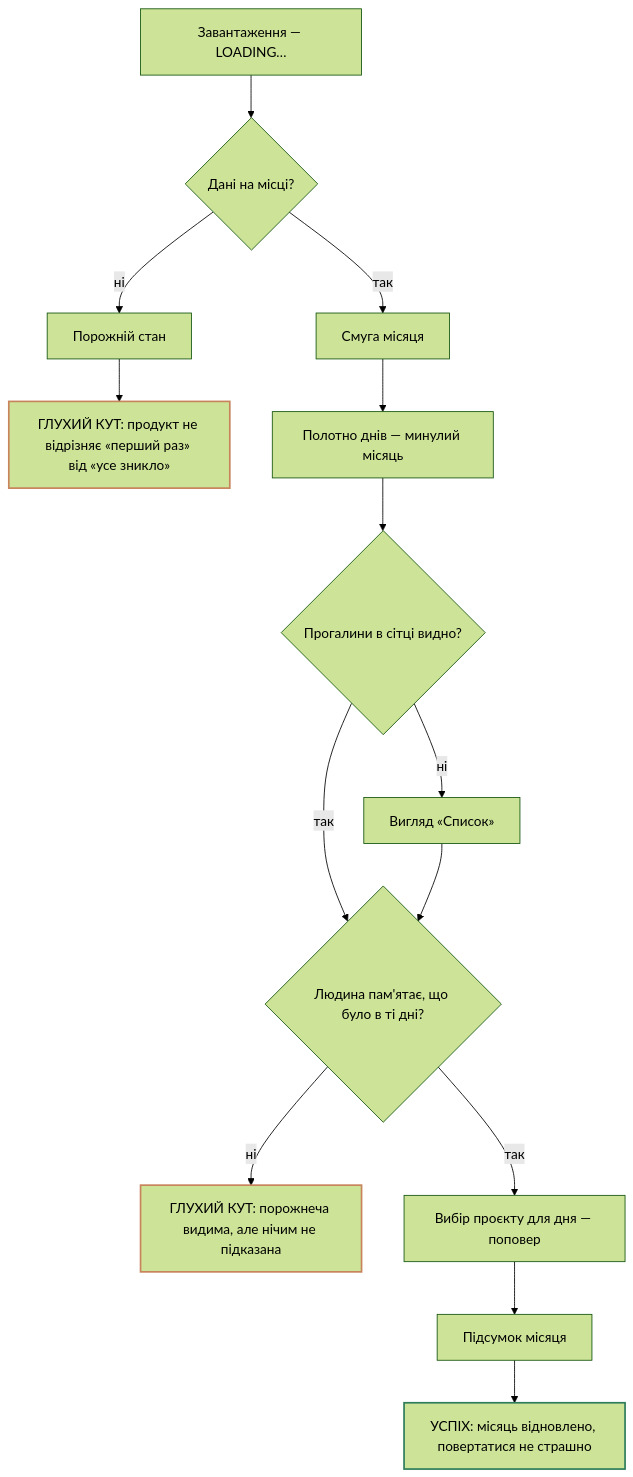
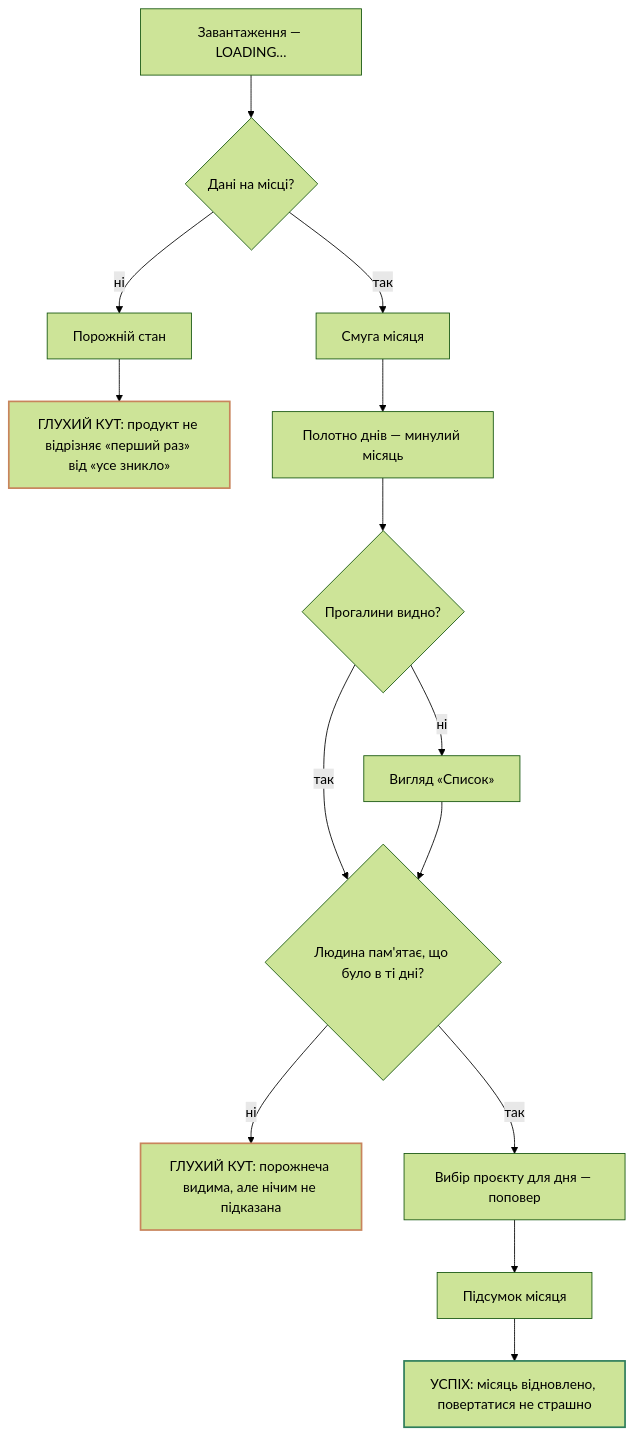
The fourth of 4 diagrams in product/structure.md (illiatverdun/prodrec), drawn with Mermaid (forest theme) before and after one commit. The commit also changed other lines of this file and 3 other files, not shown here.

````diff
--- a/product/structure.md
+++ b/product/structure.md
@@ -432,23 +432,23 @@
 ```mermaid
 flowchart TD
     A["Завантаження — LOADING…"] --> B{"Дані на місці?"}
     B -->|ні| C["Порожній стан"]
     C --> Z1["ГЛУХИЙ КУТ: продукт не відрізняє «перший раз» від «усе зникло»"]
 
     B -->|так| D["Смуга місяця"]
     D --> E["Полотно днів — минулий місяць"]
-    E --> F{"Прогалини в сітці видно?"}
+    E --> F{"Прогалини видно?"}
     F -->|так| G{"Людина пам'ятає, що було в ті дні?"}
     F -->|ні| H["Вигляд «Список»"]
     H --> G
 
     G -->|ні| Z2["ГЛУХИЙ КУТ: порожнеча видима, але нічим не підказана"]
     G -->|так| I["Вибір проєкту для дня — поповер"]
     I --> J["Підсумок місяця"]
     J --> S1["УСПІХ: місяць відновлено, повертатися не страшно"]
 
     classDef ok stroke:#2e7d5b,stroke-width:2px;
     classDef bad stroke:#c8845c,stroke-width:2px;
     class S1 ok;
     class Z1,Z2 bad;
 ```
````
